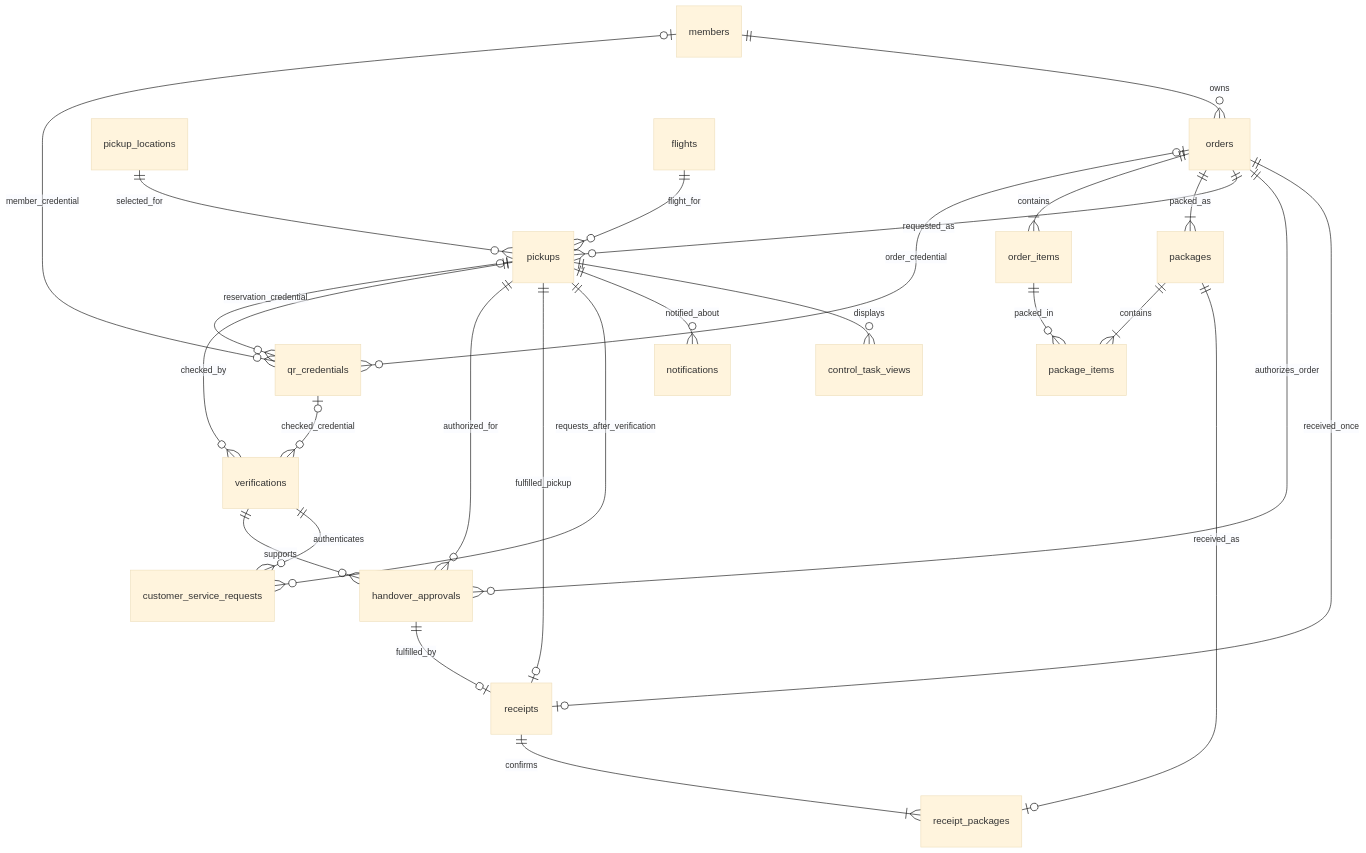
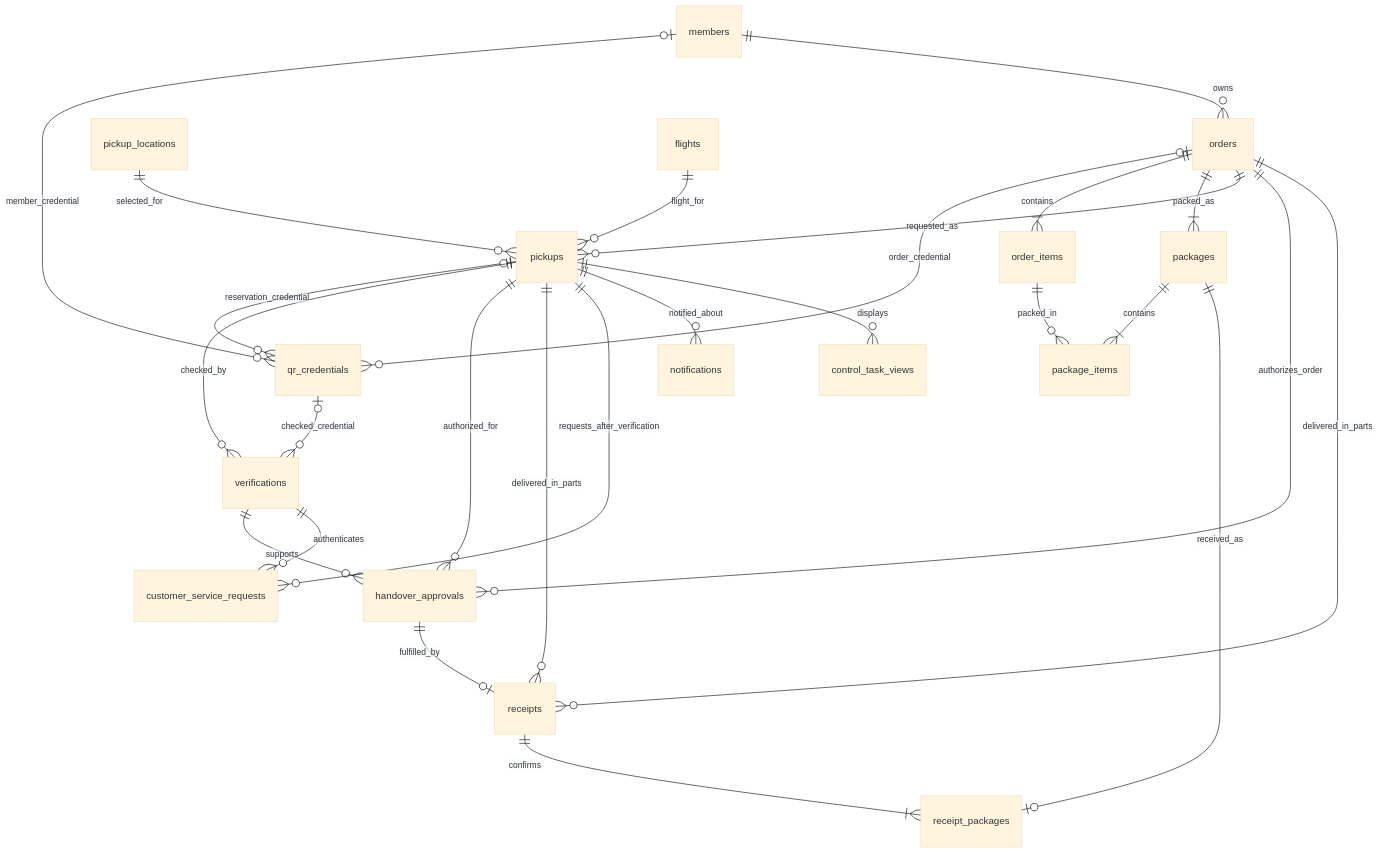
One commit to kernel-robot-8th/kernel-robot-repo-1 changed the first of 2 diagrams in docs/database/README.md. Above: the diagram before and after it, drawn with Mermaid (base theme). The commit also changed other lines of this file and 59 other files, not shown here.

````diff
--- a/docs/database/README.md
+++ b/docs/database/README.md
@@ -53,28 +53,28 @@
 ```mermaid
 erDiagram
     members o|--o{ qr_credentials : member_credential
     orders o|--o{ qr_credentials : order_credential
     pickups o|--o{ qr_credentials : reservation_credential
     members ||--o{ orders : owns
     orders ||--|{ order_items : contains
     orders ||--|{ packages : packed_as
     packages ||--|{ package_items : contains
     order_items ||--o{ package_items : packed_in
     orders ||--o{ pickups : requested_as
     pickup_locations ||--o{ pickups : selected_for
     flights ||--o{ pickups : flight_for
     pickups ||--o{ verifications : checked_by
     verifications ||--o{ handover_approvals : supports
     qr_credentials o|--o{ verifications : checked_credential
     pickups ||--o{ handover_approvals : authorized_for
     orders ||--o{ handover_approvals : authorizes_order
-    orders ||--o| receipts : received_once
-    pickups ||--o| receipts : fulfilled_pickup
+    orders ||--o{ receipts : delivered_in_parts
+    pickups ||--o{ receipts : delivered_in_parts
     handover_approvals ||--o| receipts : fulfilled_by
     receipts ||--|{ receipt_packages : confirms
     packages ||--o| receipt_packages : received_as
     pickups ||--o{ customer_service_requests : requests_after_verification
     verifications ||--o{ customer_service_requests : authenticates
     pickups ||--o{ notifications : notified_about
     pickups ||--o{ control_task_views : displays
 ```
````
